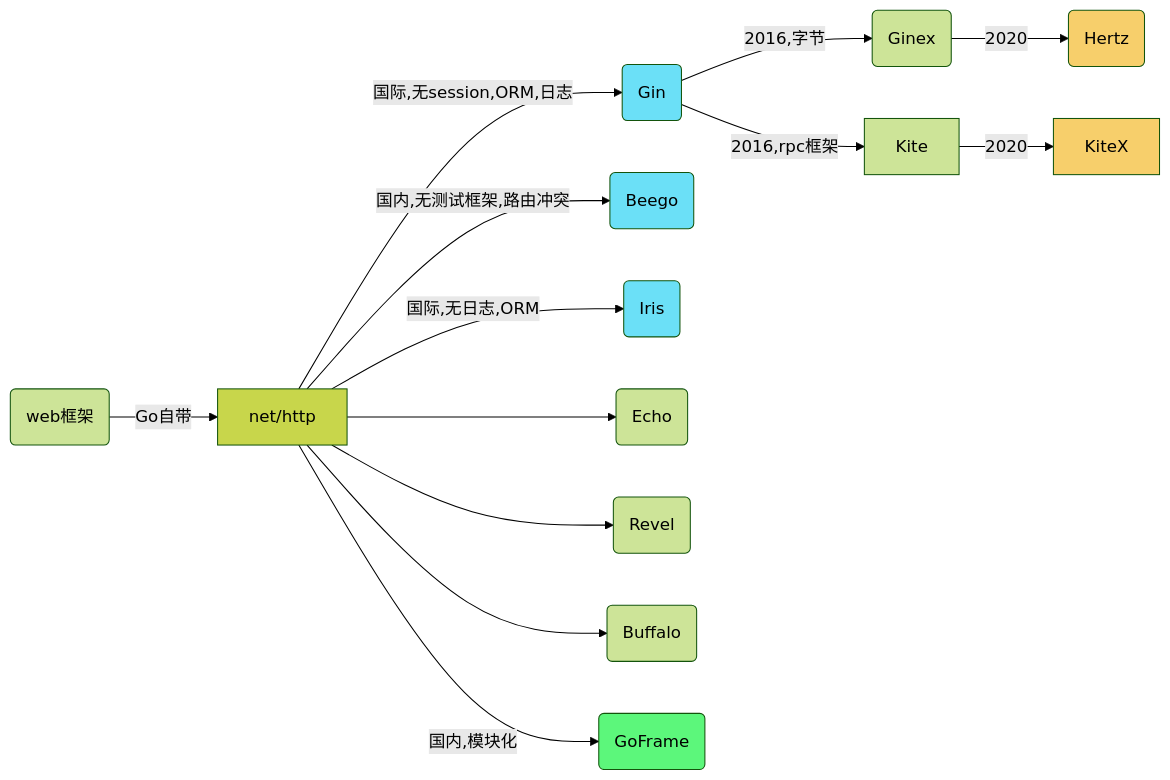
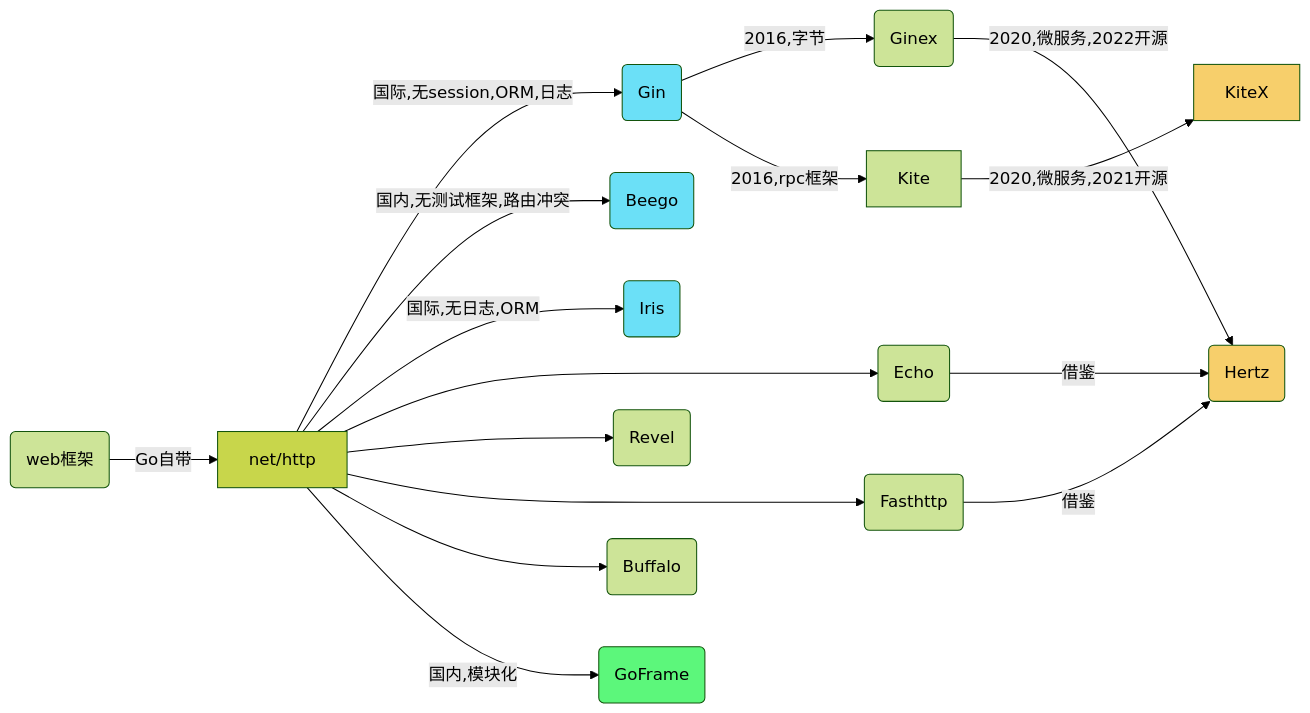
Before and after one commit to Gaohaoyang/gaohaoyang.github.io: the second of 2 diagrams in _posts/2017-05-04-go-program.md, drawn with Mermaid (forest theme). The commit also changed other lines of this file, not shown here.

Commit message:
kitex依赖图更新

```diff
--- a/_posts/2017-05-04-go-program.md
+++ b/_posts/2017-05-04-go-program.md
@@ -4326,19 +4326,21 @@
 <div class="mermaid">
     flowchart LR
     classDef red fill:#f02;
     classDef green fill:#5CF77B;
     classDef blue fill:#6BE0F7;
     classDef orange fill:#F7CF6B;
     classDef grass fill:#C8D64B;
 
     O(web框架) -->|Go自带| A[net/http]:::grass
     A -->|国际,无session,ORM,日志| B(Gin):::blue
     A -->|国内,无测试框架,路由冲突| C(Beego):::blue
     A -->|国际,无日志,ORM| D(Iris):::blue
     A --> E(Echo)
     A --> F(Revel)
+    A --> F1(Fasthttp)
     A --> G(Buffalo)
     A -->|国内,模块化| GF(GoFrame):::green
-    B -->|2016,字节| G1(Ginex) -->|2020| H(Hertz):::orange
-    B -->|2016,rpc框架| Kite -->|2020| KiteX:::orange
+    B -->|2016,字节| G1(Ginex) -->|2020,微服务,2022开源| H(Hertz):::orange
+    B -->|2016,rpc框架| Kite -->|2020,微服务,2021开源| KiteX:::orange
+    E & F1 -- 借鉴 --> H
 </div>
```
